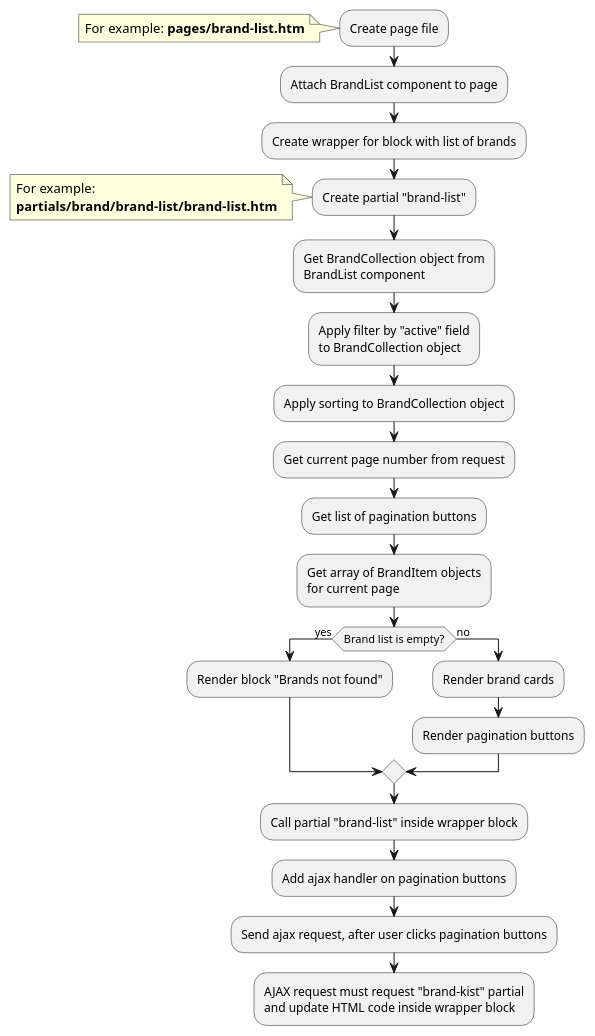
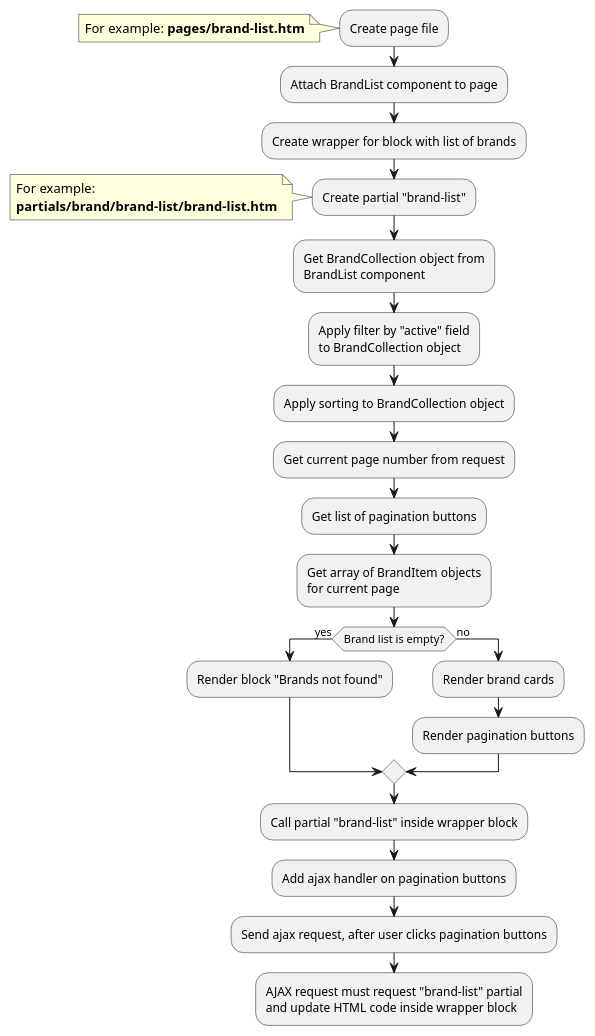
The third of 4 diagrams in modules/brand/examples/examples.md (oc-shopaholic/oc-shopaholic-docs), drawn with PlantUML before and after one commit. The commit also changed 19 other files, not shown here.

````diff
--- a/modules/brand/examples/examples.md
+++ b/modules/brand/examples/examples.md
@@ -183,35 +183,35 @@
 ```plantuml
 @startuml
 :Create page file;
 note left
     For example: **pages/brand-list.htm**
 end note
 :Attach BrandList component to page;
 :Create wrapper for block with list of brands;
 :Create partial "brand-list";
 note left
     For example:
     **partials/brand/brand-list/brand-list.htm**
 end note
 :Get BrandCollection object from
 BrandList component;
 :Apply filter by "active" field
 to BrandCollection object;
 :Apply sorting to BrandCollection object;
 :Get current page number from request;
 :Get list of pagination buttons;
 :Get array of BrandItem objects
 for current page;
 if (Brand list is empty?) then (yes)
     :Render block "Brands not found";
 else (no)
     :Render brand cards;
     :Render pagination buttons;
 endif
 :Call partial "brand-list" inside wrapper block;
 :Add ajax handler on pagination buttons;
 :Send ajax request, after user clicks pagination buttons;
-:AJAX request must request "brand-kist" partial
+:AJAX request must request "brand-list" partial
 and update HTML code inside wrapper block;
 @enduml
 ```
````
